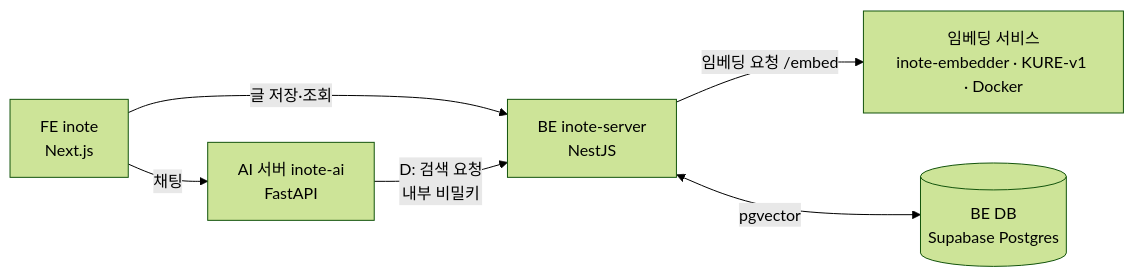
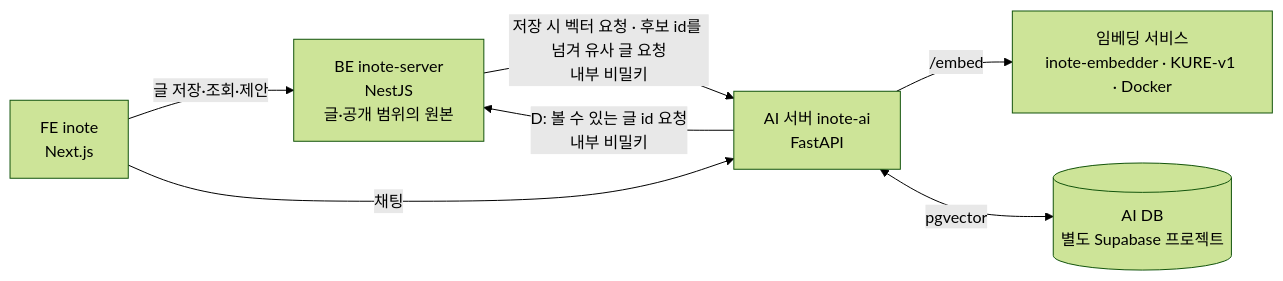
The diagram in docs/kure/PLAN.md (seo337dc/inote), drawn with Mermaid (forest theme) before and after one commit. The commit also changed other lines of this file, not shown here.

First line of the commit message:
docs: KURE 기획 변경 — 벡터는 AI DB가 소유하고 공개 여부는 BE가 판정

````diff
--- a/docs/kure/PLAN.md
+++ b/docs/kure/PLAN.md
@@ -56,8 +56,9 @@
 ```mermaid
 flowchart LR
-  FE[FE inote<br/>Next.js] -->|글 저장·조회| BE[BE inote-server<br/>NestJS]
-  BE -->|임베딩 요청 /embed| EMB[임베딩 서비스<br/>inote-embedder · KURE-v1 · Docker]
-  BE <-->|pgvector| DB[(BE DB<br/>Supabase Postgres)]
-  AI[AI 서버 inote-ai<br/>FastAPI] -->|D: 검색 요청<br/>내부 비밀키| BE
+  FE[FE inote<br/>Next.js] -->|글 저장·조회·제안| BE[BE inote-server<br/>NestJS<br/>글·공개 범위의 원본]
+  BE -->|저장 시 벡터 요청 · 후보 id를 넘겨 유사 글 요청<br/>내부 비밀키| AI[AI 서버 inote-ai<br/>FastAPI]
+  AI -->|/embed| EMB[임베딩 서비스<br/>inote-embedder · KURE-v1 · Docker]
+  AI <-->|pgvector| AIDB[(AI DB<br/>별도 Supabase 프로젝트)]
+  AI -->|D: 볼 수 있는 글 id 요청<br/>내부 비밀키| BE
   FE -->|채팅| AI
 ```
````
